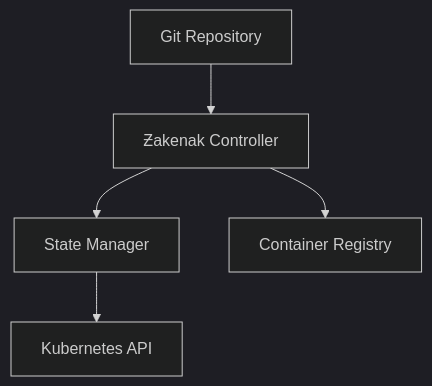
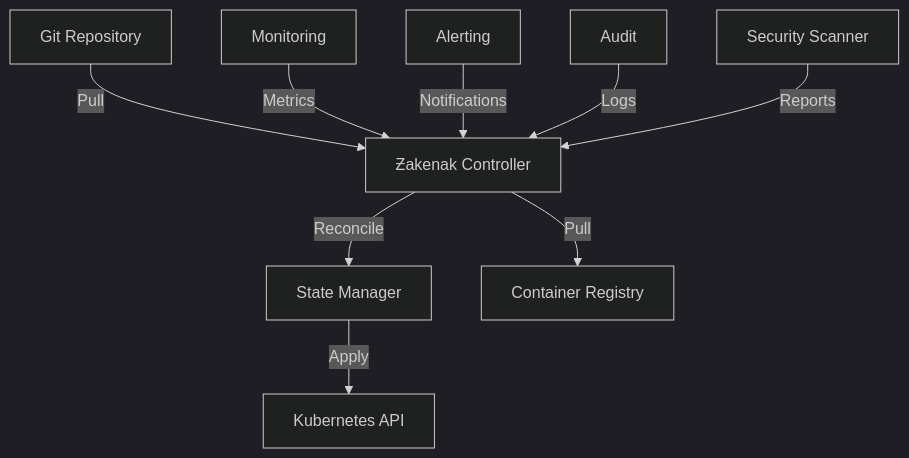
The diagram in docs/GITOPS.md (i8megabit/zakenak), drawn with Mermaid (dark theme) before and after one commit. The commit also changed other lines of this file, not shown here.

````diff
--- a/docs/GITOPS.md
+++ b/docs/GITOPS.md
@@ -37,7 +39,11 @@
 ```mermaid
 graph TD
-	A[Git Repository] --> B[Ƶakenak Controller]
-	B --> C[State Manager]
-	C --> D[Kubernetes API]
-	B --> E[Container Registry]
+    A[Git Repository] --> |Pull| B[Ƶakenak Controller]
+    B --> |Reconcile| C[State Manager]
+    C --> |Apply| D[Kubernetes API]
+    B --> |Pull| E[Container Registry]
+    F[Monitoring] --> |Metrics| B
+    G[Alerting] --> |Notifications| B
+    H[Audit] --> |Logs| B
+    I[Security Scanner] --> |Reports| B
 ```
````
